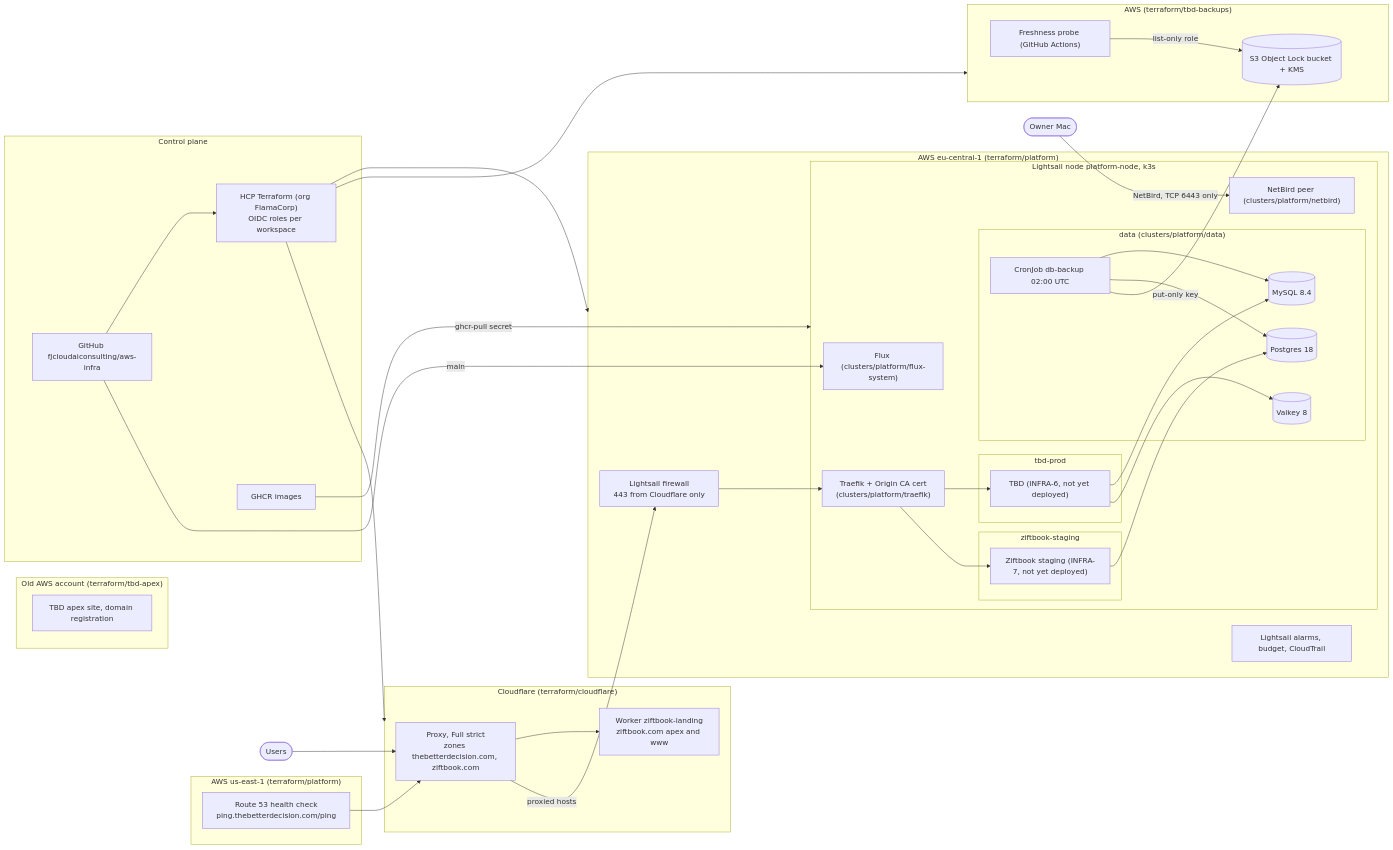
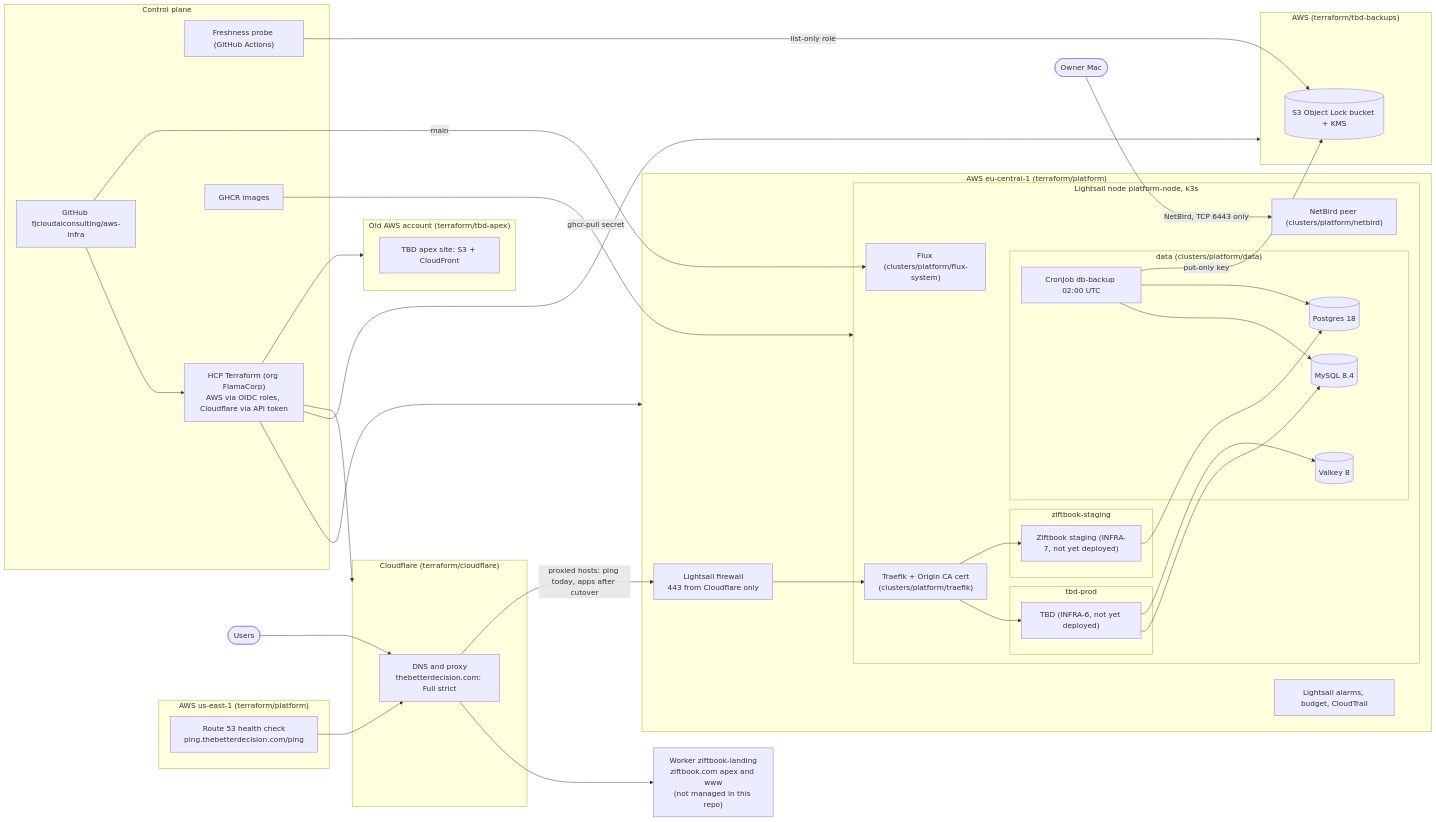
Before and after one commit to fjcloudaiconsulting/aws-infra: the diagram in docs/architecture.md, drawn with Mermaid. The commit also changed other lines of this file, not shown here.

Commit message:
docs: correct the architecture overview against the repo (INFRA-69)

````diff
--- a/docs/architecture.md
+++ b/docs/architecture.md
@@ -7,63 +7,63 @@
 ```mermaid
 flowchart LR
   user([Users]) --> cf
 
   subgraph cloudflare["Cloudflare (terraform/cloudflare)"]
-    cf["Proxy, Full strict<br/>zones thebetterdecision.com, ziftbook.com"]
-    worker["Worker ziftbook-landing<br/>ziftbook.com apex and www"]
+    cf["DNS and proxy<br/>thebetterdecision.com: Full strict"]
   end
+  worker["Worker ziftbook-landing<br/>ziftbook.com apex and www<br/>(not managed in this repo)"]
   cf --> worker
 
   subgraph aws_platform["AWS eu-central-1 (terraform/platform)"]
     fw["Lightsail firewall<br/>443 from Cloudflare only"]
     subgraph node["Lightsail node platform-node, k3s"]
       traefik["Traefik + Origin CA cert<br/>(clusters/platform/traefik)"]
       subgraph ns_tbd["tbd-prod"]
         tbdapp["TBD (INFRA-6, not yet deployed)"]
       end
       subgraph ns_zif["ziftbook-staging"]
         zifapp["Ziftbook staging (INFRA-7, not yet deployed)"]
       end
       subgraph ns_data["data (clusters/platform/data)"]
         mysql[("MySQL 8.4")]
         postgres[("Postgres 18")]
         valkey[("Valkey 8")]
         backup["CronJob db-backup 02:00 UTC"]
       end
       flux["Flux (clusters/platform/flux-system)"]
       netbird["NetBird peer (clusters/platform/netbird)"]
     end
     alarms["Lightsail alarms, budget, CloudTrail"]
   end
-  cf -->|"proxied hosts"| fw --> traefik
+  cf -->|"proxied hosts: ping today, apps after cutover"| fw --> traefik
   traefik --> tbdapp & zifapp
   tbdapp --> mysql & valkey
   zifapp --> postgres
   backup --> mysql & postgres
 
   subgraph aws_backups["AWS (terraform/tbd-backups)"]
     bucket[("S3 Object Lock bucket + KMS")]
-    probe["Freshness probe (GitHub Actions)"]
   end
   backup -->|"put-only key"| bucket
   probe -->|"list-only role"| bucket
 
   subgraph useast["AWS us-east-1 (terraform/platform)"]
     hc["Route 53 health check<br/>ping.thebetterdecision.com/ping"]
   end
   hc --> cf
 
   subgraph oldacct["Old AWS account (terraform/tbd-apex)"]
-    apex["TBD apex site, domain registration"]
+    apex["TBD apex site: S3 + CloudFront"]
   end
 
   subgraph control["Control plane"]
     gh["GitHub fjcloudaiconsulting/aws-infra"]
-    tfc["HCP Terraform (org FlamaCorp)<br/>OIDC roles per workspace"]
+    tfc["HCP Terraform (org FlamaCorp)<br/>AWS via OIDC roles, Cloudflare via API token"]
     ghcr["GHCR images"]
+    probe["Freshness probe (GitHub Actions)"]
   end
-  gh --> tfc --> aws_platform & aws_backups & cloudflare
+  gh --> tfc --> aws_platform & aws_backups & cloudflare & oldacct
   gh -->|"main"| flux
   ghcr -->|"ghcr-pull secret"| node
   owner([Owner Mac]) -->|"NetBird, TCP 6443 only"| netbird
 ```
````
